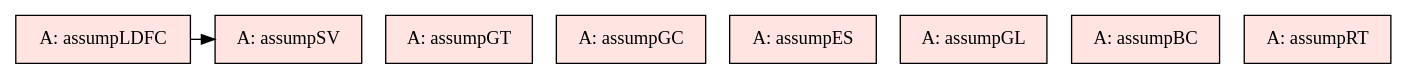
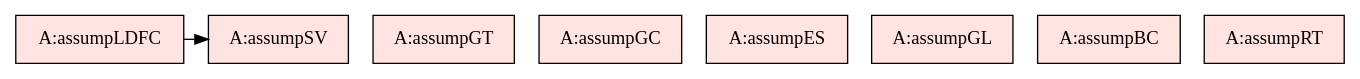
One commit to JacquesCarette/Drasil changed the diagram in code/stable/glassbr/TraceyGraph/avsa.dot. Above: the diagram before and after it, drawn with Graphviz. The commit also changed 43 other files, not shown here.

```diff
--- a/code/stable/glassbr/TraceyGraph/avsa.dot
+++ b/code/stable/glassbr/TraceyGraph/avsa.dot
@@ -1,19 +1,19 @@
 digraph avsa {
 	assumpLDFC -> assumpSV;
 
 
-	assumpGT	[shape=box, color=black, style=filled, fillcolor=mistyrose, label="A: assumpGT"];
-	assumpGC	[shape=box, color=black, style=filled, fillcolor=mistyrose, label="A: assumpGC"];
-	assumpES	[shape=box, color=black, style=filled, fillcolor=mistyrose, label="A: assumpES"];
-	assumpSV	[shape=box, color=black, style=filled, fillcolor=mistyrose, label="A: assumpSV"];
-	assumpGL	[shape=box, color=black, style=filled, fillcolor=mistyrose, label="A: assumpGL"];
-	assumpBC	[shape=box, color=black, style=filled, fillcolor=mistyrose, label="A: assumpBC"];
-	assumpRT	[shape=box, color=black, style=filled, fillcolor=mistyrose, label="A: assumpRT"];
-	assumpLDFC	[shape=box, color=black, style=filled, fillcolor=mistyrose, label="A: assumpLDFC"];
+	assumpGT	[shape=box, color=black, style=filled, fillcolor=mistyrose, label="A:assumpGT"];
+	assumpGC	[shape=box, color=black, style=filled, fillcolor=mistyrose, label="A:assumpGC"];
+	assumpES	[shape=box, color=black, style=filled, fillcolor=mistyrose, label="A:assumpES"];
+	assumpSV	[shape=box, color=black, style=filled, fillcolor=mistyrose, label="A:assumpSV"];
+	assumpGL	[shape=box, color=black, style=filled, fillcolor=mistyrose, label="A:assumpGL"];
+	assumpBC	[shape=box, color=black, style=filled, fillcolor=mistyrose, label="A:assumpBC"];
+	assumpRT	[shape=box, color=black, style=filled, fillcolor=mistyrose, label="A:assumpRT"];
+	assumpLDFC	[shape=box, color=black, style=filled, fillcolor=mistyrose, label="A:assumpLDFC"];
 
 	subgraph A {
 	rank="same"
 	{assumpGT, assumpGC, assumpES, assumpSV, assumpGL, assumpBC, assumpRT, assumpLDFC}
 	}
 
 }
```
